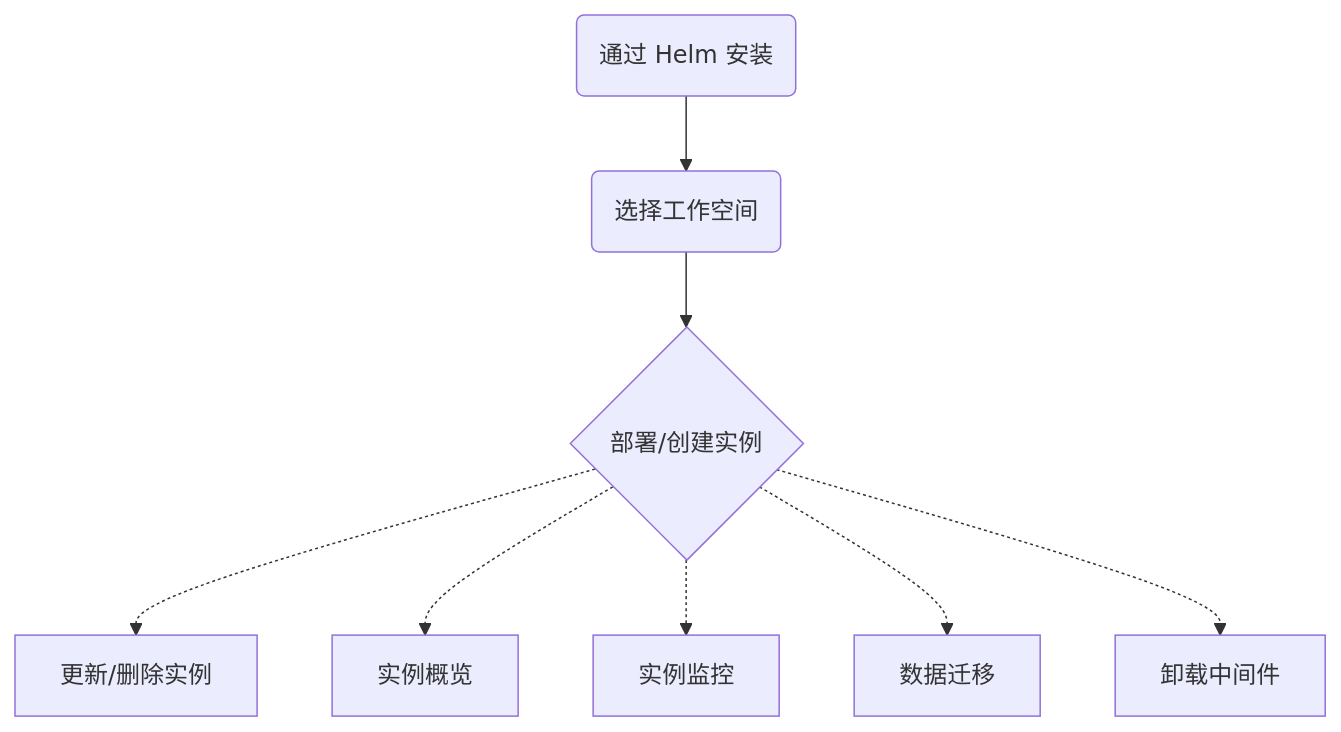
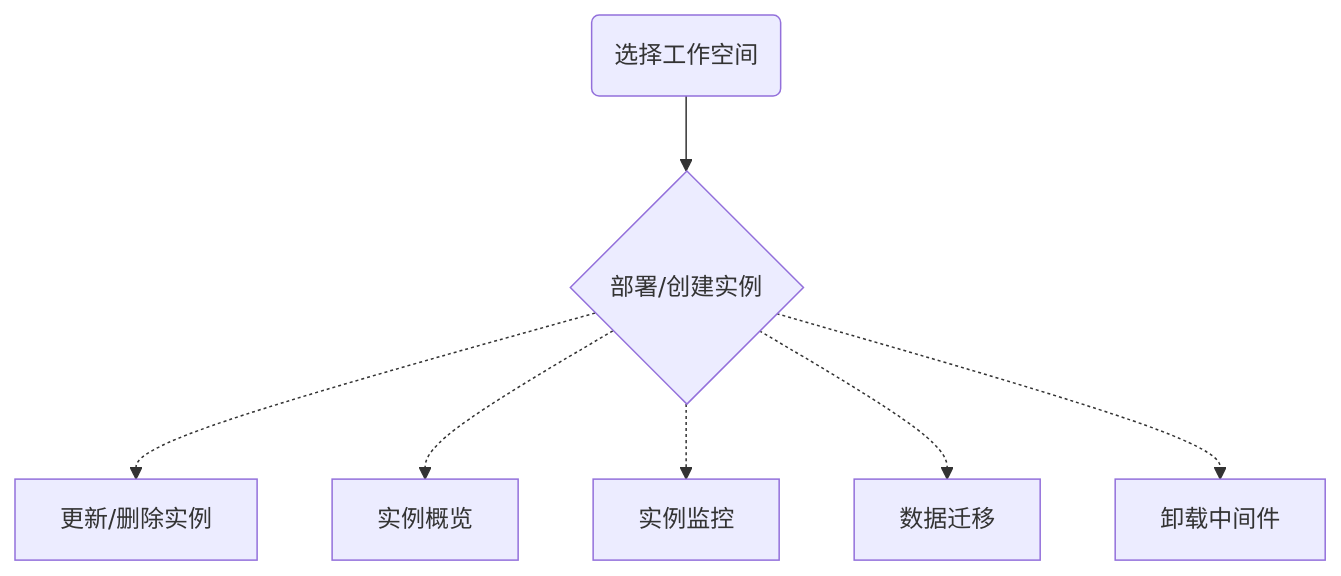
One commit to DaoCloud/DaoCloud-docs changed the diagram in docs/zh/docs/middleware/what.md. Above: the diagram before and after it, drawn with Mermaid. The commit also changed 24 other files, not shown here.

Commit message:
fix link in mermaid

````diff
--- a/docs/zh/docs/middleware/what.md
+++ b/docs/zh/docs/middleware/what.md
@@ -27,19 +27,18 @@
 ```mermaid
 graph TD
-    A(通过 Helm 安装) -->B(选择工作空间)
-    B --> C{部署/创建实例}
+    
+    B(选择工作空间) --> C{部署/创建实例}
     C -.->D[更新/删除实例]
     C -.->E[实例概览]
     C -.->F[实例监控]
     C -.->G[数据迁移]
     C -.->H[卸载中间件]
     
-    click A "https://docs.daocloud.io/middleware/rabbitmq/quickstart/install/"
-    click B "https://docs.daocloud.io/middleware/rabbitmq/userguide/login/"
-    click C "https://docs.daocloud.io/middleware/rabbitmq/userguide/create/"
-    click D "https://docs.daocloud.io/middleware/rabbitmq/userguide/update/"
-    click E "https://docs.daocloud.io/middleware/rabbitmq/userguide/view/"
-    click F "https://docs.daocloud.io/middleware/rabbitmq/userguide/insight/"
-    click G "https://docs.daocloud.io/middleware/rabbitmq/userguide/migrate/"
+    click B "https://docs.daocloud.io/middleware/rabbitmq/user-guide/login/"
+    click C "https://docs.daocloud.io/middleware/rabbitmq/user-guide/create/"
+    click D "https://docs.daocloud.io/middleware/rabbitmq/user-guide/update/"
+    click E "https://docs.daocloud.io/middleware/rabbitmq/user-guide/view/"
+    click F "https://docs.daocloud.io/middleware/rabbitmq/user-guide/insight/"
+    click G "https://docs.daocloud.io/middleware/rabbitmq/user-guide/migrate/"
     click H "https://docs.daocloud.io/middleware/rabbitmq/quickstart/install/#_1"
 ```
````
